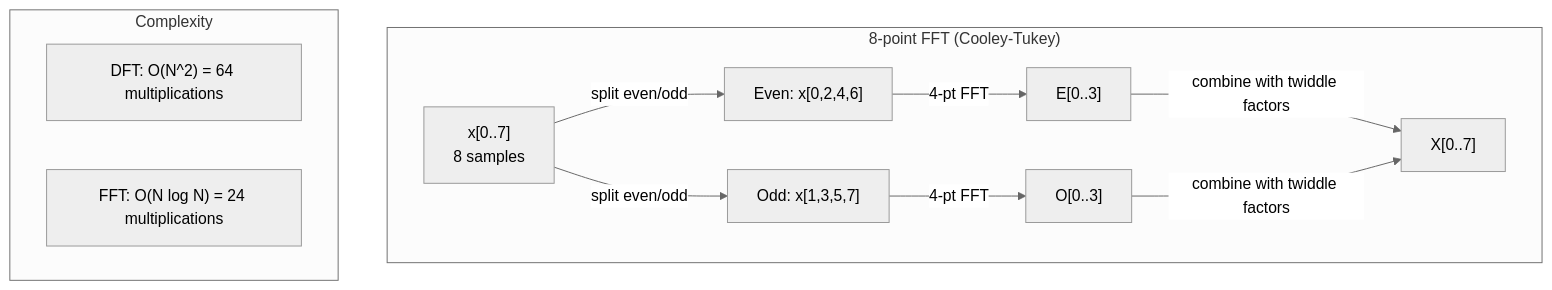
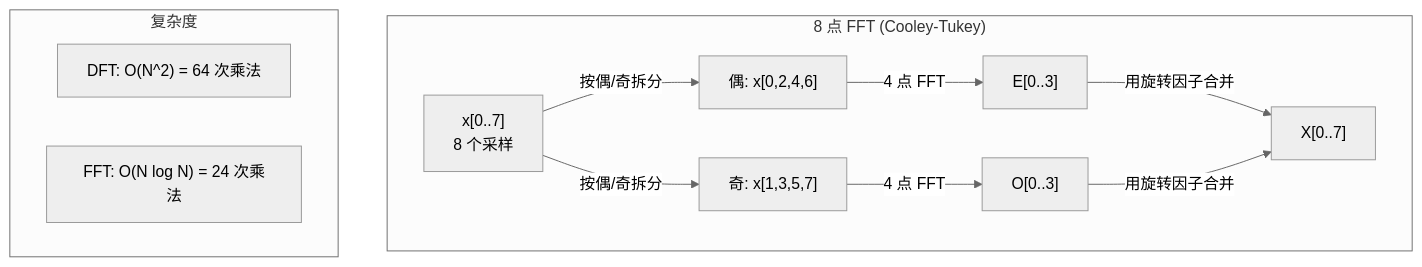
The first of 2 diagrams in phases/01-math-foundations/20-fourier-transform/docs/zh.md (JerryC8080/ai-engineering-from-scratch-zh), drawn with Mermaid (neutral theme) before and after one commit. The commit also changed other lines of this file and 156 other files, not shown here.

First line of the commit message:
i18n(zh): translate mermaid diagram labels in 157 lesson zh.md

````diff
--- a/phases/01-math-foundations/20-fourier-transform/docs/zh.md
+++ b/phases/01-math-foundations/20-fourier-transform/docs/zh.md
@@ -95,15 +95,15 @@
 ```mermaid
 graph TD
-    subgraph "8-point FFT (Cooley-Tukey)"
-        X["x[0..7]<br/>8 samples"] -->|"split even/odd"| E["Even: x[0,2,4,6]"]
-        X -->|"split even/odd"| O["Odd: x[1,3,5,7]"]
-        E -->|"4-pt FFT"| EK["E[0..3]"]
-        O -->|"4-pt FFT"| OK["O[0..3]"]
-        EK -->|"combine with twiddle factors"| XK["X[0..7]"]
-        OK -->|"combine with twiddle factors"| XK
+    subgraph "8 点 FFT (Cooley-Tukey)"
+        X["x[0..7]<br/>8 个采样"] -->|"按偶/奇拆分"| E["偶: x[0,2,4,6]"]
+        X -->|"按偶/奇拆分"| O["奇: x[1,3,5,7]"]
+        E -->|"4 点 FFT"| EK["E[0..3]"]
+        O -->|"4 点 FFT"| OK["O[0..3]"]
+        EK -->|"用旋转因子合并"| XK["X[0..7]"]
+        OK -->|"用旋转因子合并"| XK
     end
-    subgraph "Complexity"
-        C1["DFT: O(N^2) = 64 multiplications"]
-        C2["FFT: O(N log N) = 24 multiplications"]
+    subgraph "复杂度"
+        C1["DFT: O(N^2) = 64 次乘法"]
+        C2["FFT: O(N log N) = 24 次乘法"]
     end
 ```
````
